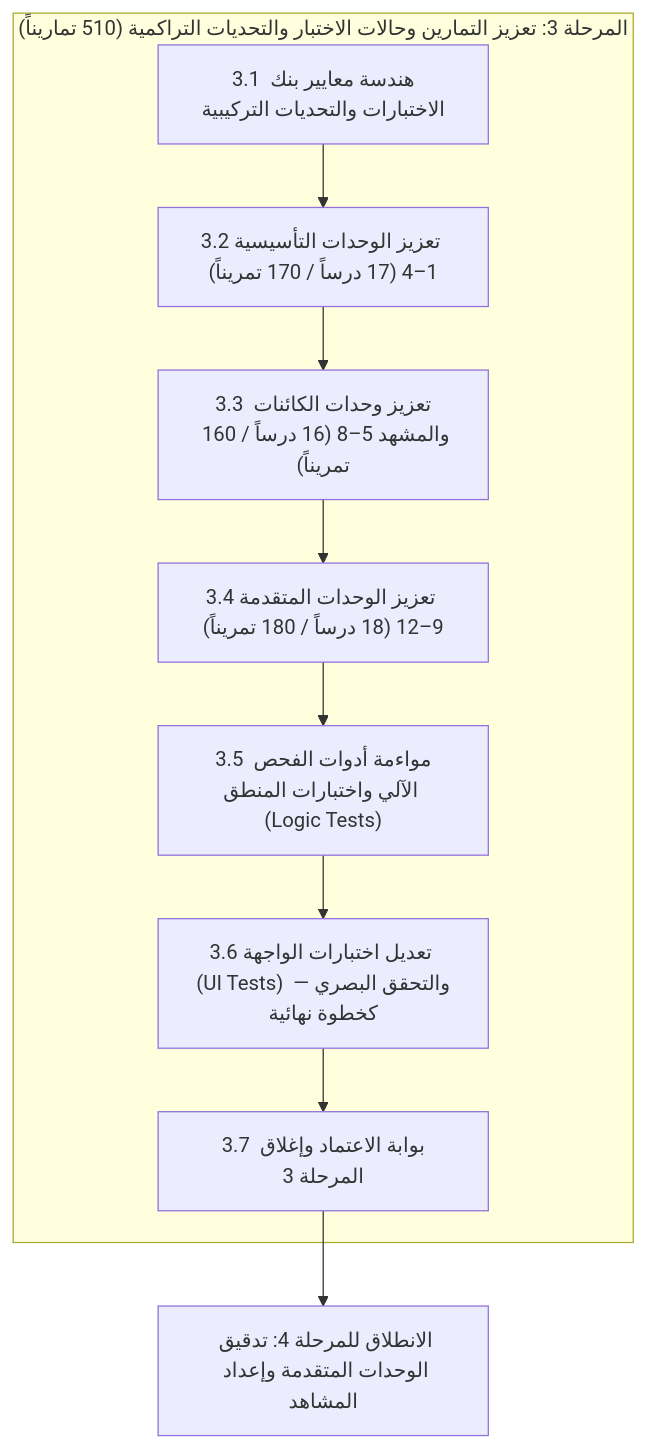
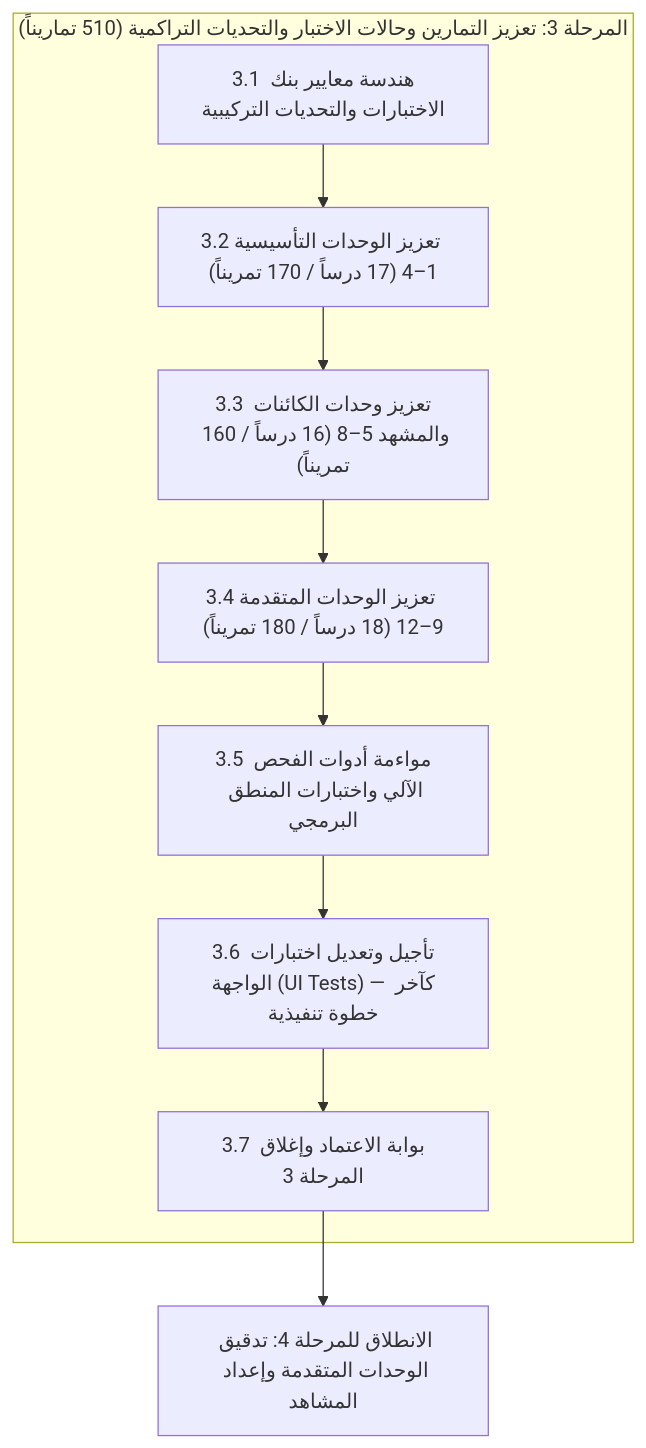
One commit to osmai4603-collab/learn_gdscript changed the diagram in docs/phase_3_execution_plan.md. Above: the diagram before and after it, drawn with Mermaid. The commit also changed other lines of this file and 66 other files, not shown here.

````diff
--- a/docs/phase_3_execution_plan.md
+++ b/docs/phase_3_execution_plan.md
@@ -70,12 +76,12 @@
 ```mermaid
 graph TD
     subgraph "المرحلة 3: تعزيز التمارين وحالات الاختبار والتحديات التراكمية (510 تماريناً)"
         P3_1["3.1 هندسة معايير بنك الاختبارات والتحديات التركيبية"] --> P3_2["3.2 تعزيز الوحدات التأسيسية 1–4 (17 درساً / 170 تمريناً)"]
         P3_2 --> P3_3["3.3 تعزيز وحدات الكائنات والمشهد 5–8 (16 درساً / 160 تمريناً)"]
         P3_3 --> P3_4["3.4 تعزيز الوحدات المتقدمة 9–12 (18 درساً / 180 تمريناً)"]
-        P3_4 --> P3_5["3.5 مواءمة أدوات الفحص الآلي واختبارات المنطق (Logic Tests)"]
-        P3_5 --> P3_6["3.6 تعديل اختبارات الواجهة (UI Tests) والتحقق البصري — كخطوة نهائية"]
+        P3_4 --> P3_5["3.5 مواءمة أدوات الفحص الآلي واختبارات المنطق البرمجي"]
+        P3_5 --> P3_6["3.6 تأجيل وتعديل اختبارات الواجهة (UI Tests) — كآخر خطوة تنفيذية"]
         P3_6 --> P3_7["3.7 بوابة الاعتماد وإغلاق المرحلة 3"]
     end
     P3_7 --> P4["الانطلاق للمرحلة 4: تدقيق الوحدات المتقدمة وإعداد المشاهد"]
 ```
````
